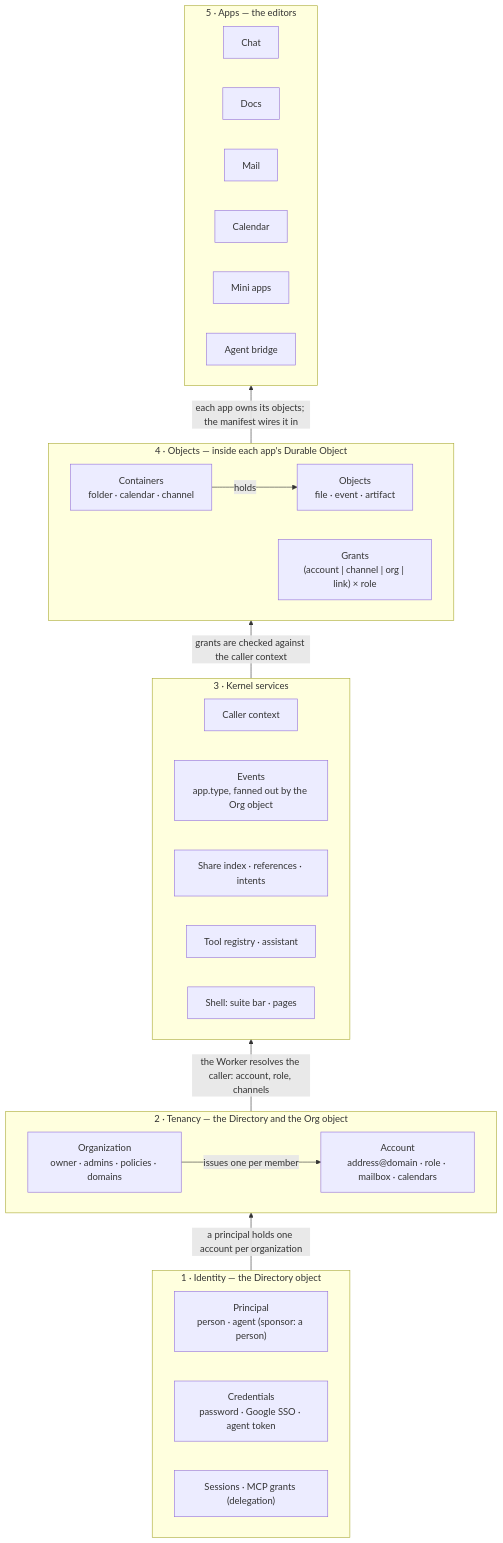
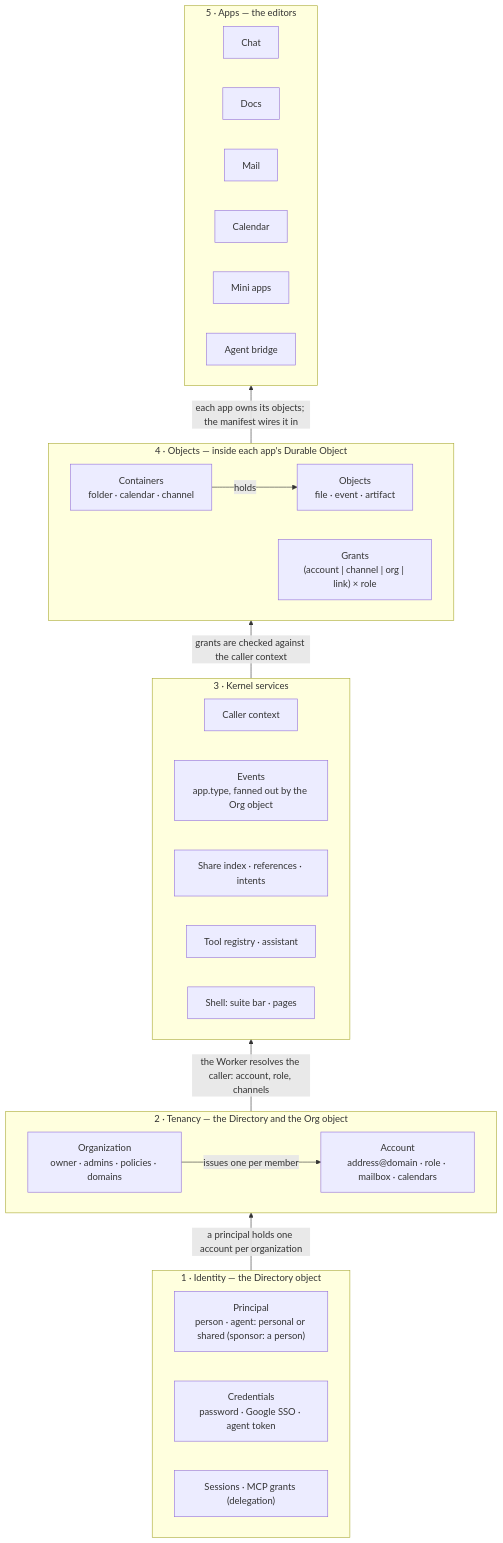
Before and after one commit to freeflow-im/flow: the first of 2 diagrams in docs/specs/platform.md, drawn with Mermaid. The commit also changed other lines of this file, not shown here.

First line of the commit message:
Platform spec: personal and shared agents, the assistant as an agent, agent addresses

````diff
--- a/docs/specs/platform.md
+++ b/docs/specs/platform.md
@@ -17,43 +17,43 @@
 ```mermaid
 flowchart BT
   subgraph L1["1 · Identity — the Directory object"]
     direction LR
-    P["Principal<br/>person · agent (sponsor: a person)"]
+    P["Principal<br/>person · agent: personal or shared (sponsor: a person)"]
     C["Credentials<br/>password · Google SSO · agent token"]
     S["Sessions · MCP grants (delegation)"]
   end
   subgraph L2["2 · Tenancy — the Directory and the Org object"]
     direction LR
     O["Organization<br/>owner · admins · policies · domains"]
     A["Account<br/>address@domain · role · mailbox · calendars"]
     O -- "issues one per member" --> A
   end
   subgraph L3["3 · Kernel services"]
     direction LR
     CC["Caller context"]
     EV["Events<br/>app.type, fanned out by the Org object"]
     IX["Share index · references · intents"]
     TR["Tool registry · assistant"]
     SH["Shell: suite bar · pages"]
   end
   subgraph L4["4 · Objects — inside each app's Durable Object"]
     direction LR
     CT["Containers<br/>folder · calendar · channel"]
     OB["Objects<br/>file · event · artifact"]
     G["Grants<br/>(account | channel | org | link) × role"]
     CT -- holds --> OB
   end
   subgraph L5["5 · Apps — the editors"]
     direction LR
     CH[Chat]
     DO[Docs]
     MA[Mail]
     CA[Calendar]
     MI["Mini apps"]
     BR["Agent bridge"]
   end
   L1 -- "a principal holds one account per organization" --> L2
   L2 -- "the Worker resolves the caller: account, role, channels" --> L3
   L3 -- "grants are checked against the caller context" --> L4
   L4 -- "each app owns its objects; the manifest wires it in" --> L5
 ```
````
